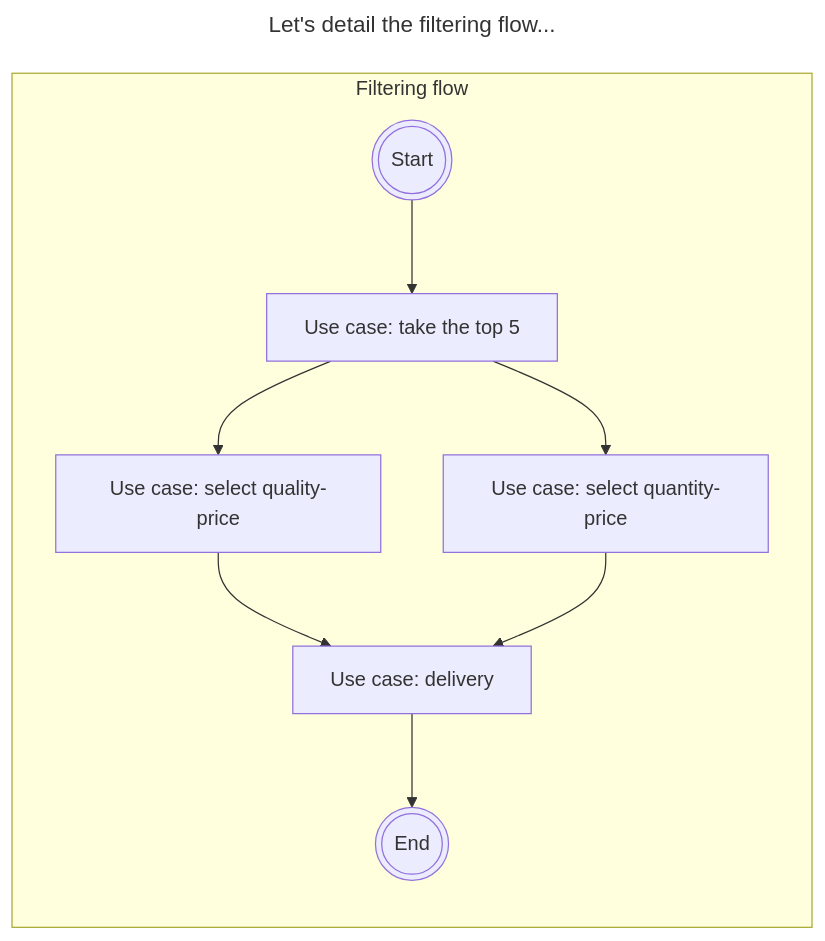
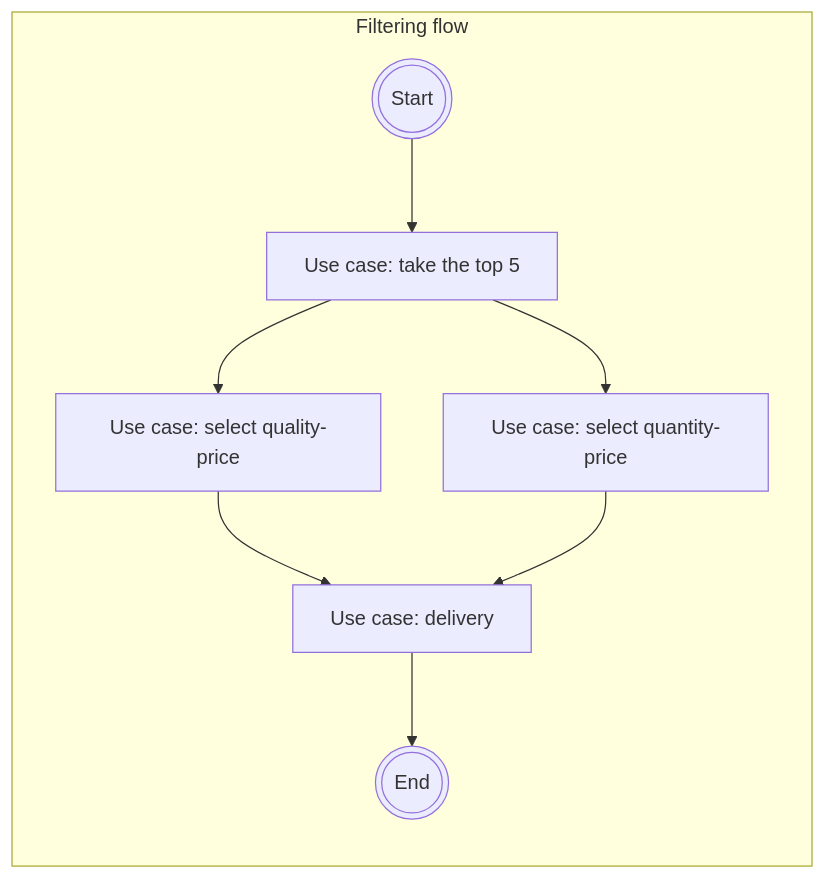
The third of 3 diagrams in docs/en/products/glossary.md (vslices/docs), drawn with Mermaid before and after one commit. The commit also changed other lines of this file and 15 other files, not shown here.

````diff
--- a/docs/en/products/glossary.md
+++ b/docs/en/products/glossary.md
@@ -127,20 +128,17 @@
 ```mermaid
----
-title: Let's detail the filtering flow...
----
 flowchart LR
 
   subgraph WorkFlowDetail1_1_3[Filtering flow]
     Start(((Start)))
 
     Step1[Use case: take the top 5]
     Step2_1[Use case: select quality-price]
     Step2_2[Use case: select quantity-price]
     Step3[Use case: delivery]
 
     End(((End)))
 
     Start --> Step1 --> Step2_1 & Step2_2 --> Step3 --> End
 
   end
 ```
````
